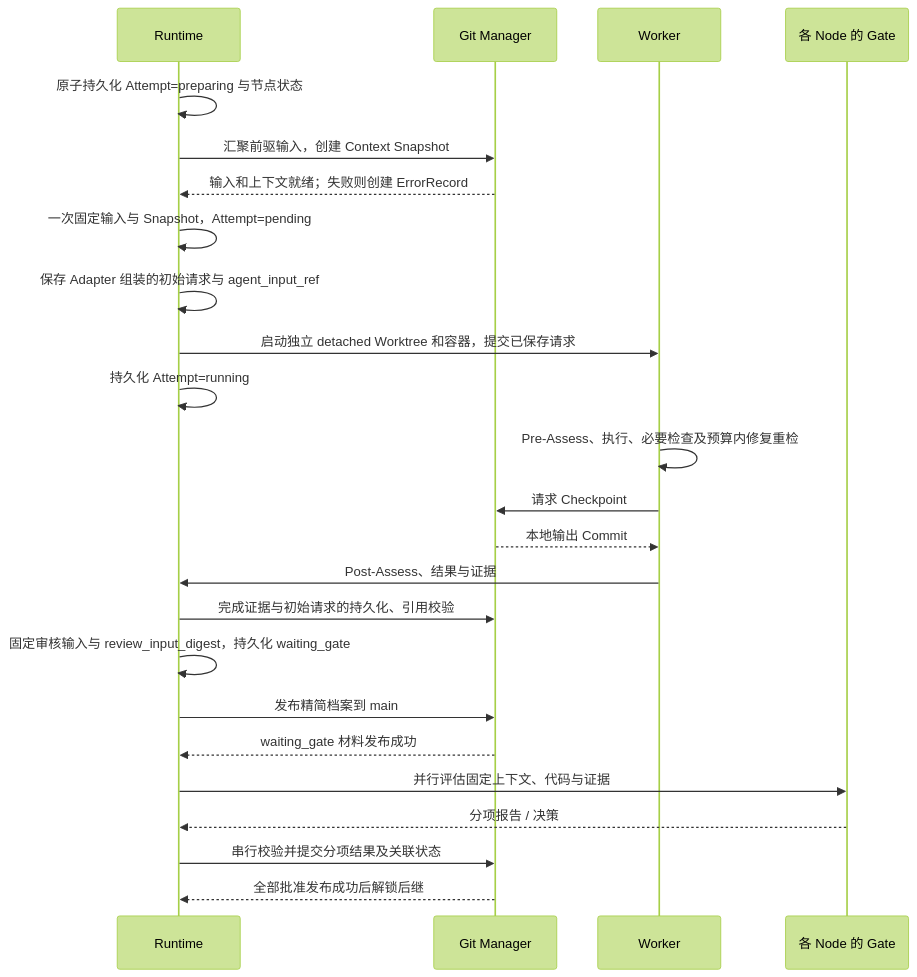
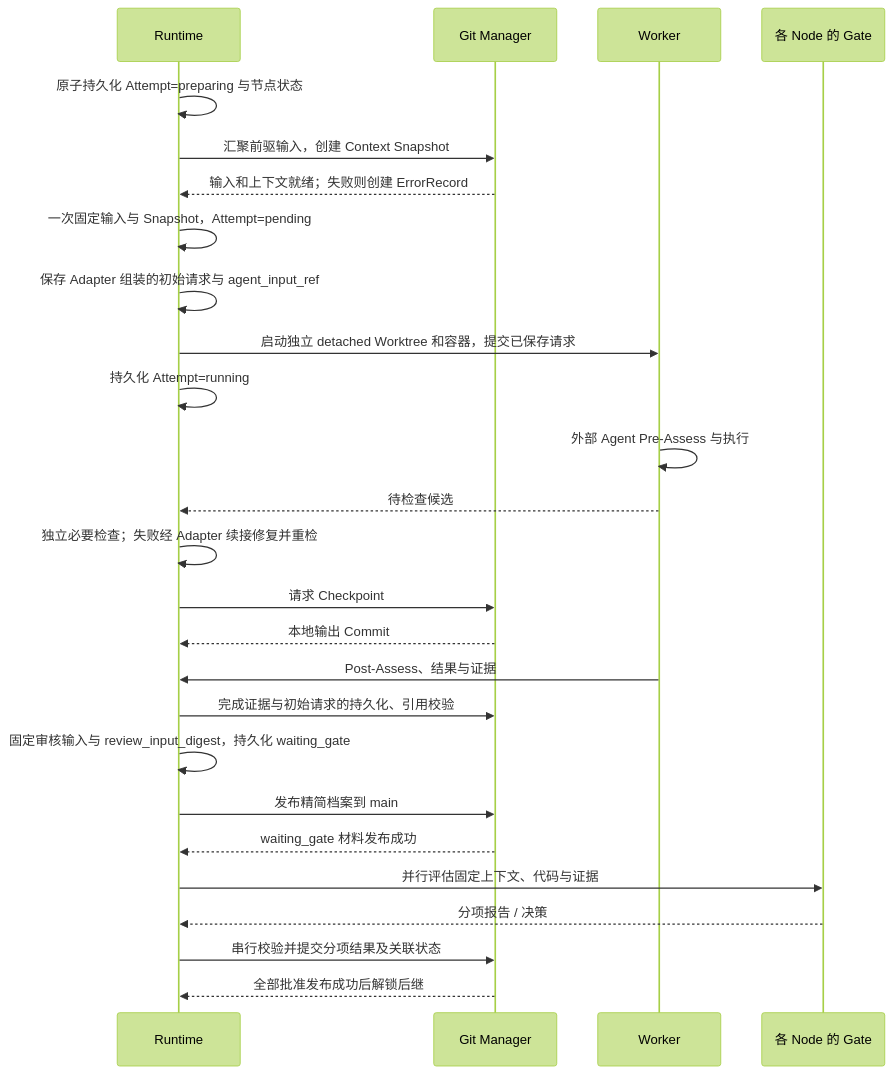
Before and after one commit to LingMessy/facetloom: the diagram in design/04-execution.md, drawn with Mermaid (forest theme). The commit also changed other lines of this file and 10 other files, not shown here.

````diff
--- a/design/04-execution.md
+++ b/design/04-execution.md
@@ -7,26 +7,28 @@
 ```mermaid
 sequenceDiagram
     participant RT as Runtime
     participant GM as Git Manager
     participant W as Worker
     participant G as 各 Node 的 Gate
     RT->>RT: 原子持久化 Attempt=preparing 与节点状态
     RT->>GM: 汇聚前驱输入，创建 Context Snapshot
     GM-->>RT: 输入和上下文就绪；失败则创建 ErrorRecord
     RT->>RT: 一次固定输入与 Snapshot，Attempt=pending
     RT->>RT: 保存 Adapter 组装的初始请求与 agent_input_ref
     RT->>W: 启动独立 detached Worktree 和容器，提交已保存请求
     RT->>RT: 持久化 Attempt=running
-    W->>W: Pre-Assess、执行、必要检查及预算内修复重检
-    W->>GM: 请求 Checkpoint
-    GM-->>W: 本地输出 Commit
+    W->>W: 外部 Agent Pre-Assess 与执行
+    W-->>RT: 待检查候选
+    RT->>RT: 独立必要检查；失败经 Adapter 续接修复并重检
+    RT->>GM: 请求 Checkpoint
+    GM-->>RT: 本地输出 Commit
     W->>RT: Post-Assess、结果与证据
     RT->>GM: 完成证据与初始请求的持久化、引用校验
     RT->>RT: 固定审核输入与 review_input_digest，持久化 waiting_gate
     RT->>GM: 发布精简档案到 main
     GM-->>RT: waiting_gate 材料发布成功
     RT->>G: 并行评估固定上下文、代码与证据
     G-->>RT: 分项报告 / 决策
     RT->>GM: 串行校验并提交分项结果及关联状态
     GM-->>RT: 全部批准发布成功后解锁后继
 ```
````
